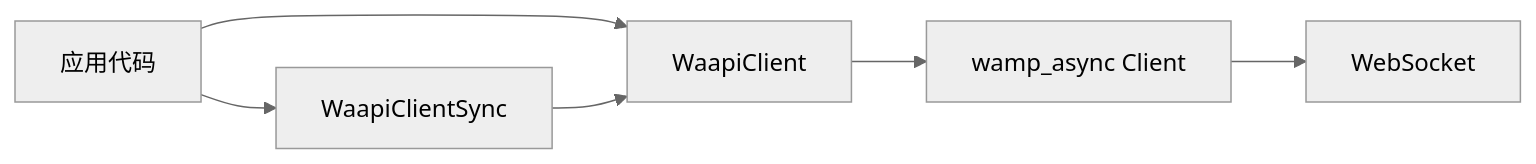
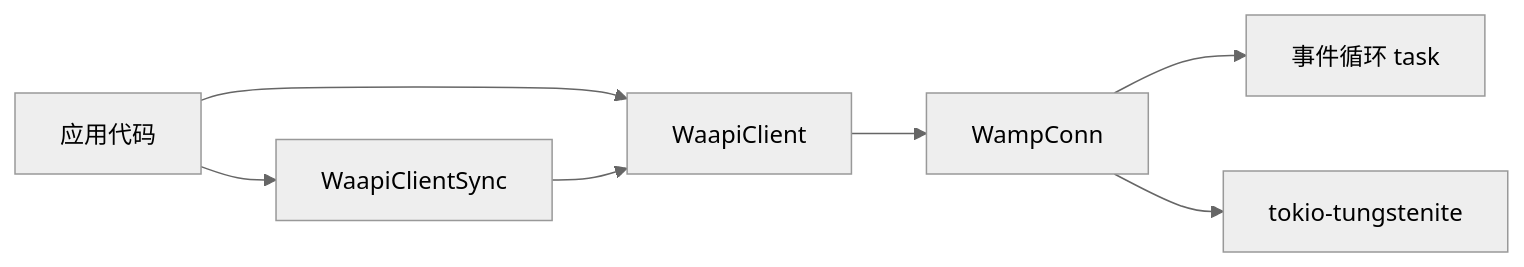
One commit to xmimu/waapi-rs changed the second of 2 diagrams in docs/DESIGN.md. Above: the diagram before and after it, drawn with Mermaid (neutral theme). The commit also changed other lines of this file and 14 other files, not shown here.

First line of the commit message:
Refactor: replace wamp_async git dep with tokio-tungstenite, bump to v0.2.0

````diff
--- a/docs/DESIGN.md
+++ b/docs/DESIGN.md
@@ -111,13 +113,15 @@
 ```mermaid
 flowchart LR
     App[应用代码]
     Async[WaapiClient]
     Sync[WaapiClientSync]
-    Wamp[wamp_async Client]
-    WS[WebSocket]
+    Conn[WampConn]
+    Loop[事件循环 task]
+    WS[tokio-tungstenite]
     App --> Async
     App --> Sync
     Sync --> Async
-    Async --> Wamp
-    Wamp --> WS
+    Async --> Conn
+    Conn --> Loop
+    Conn --> WS
 ```
````
